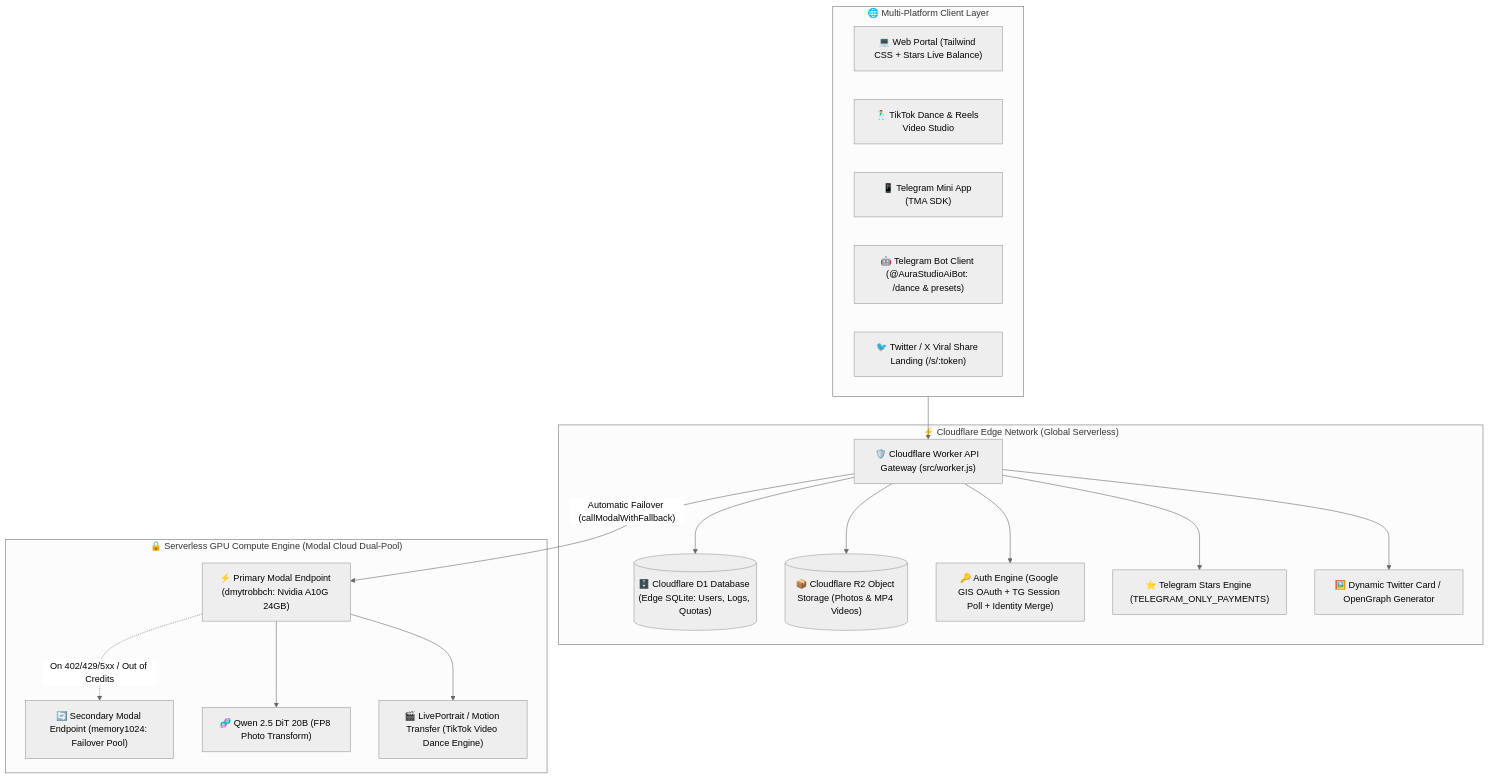
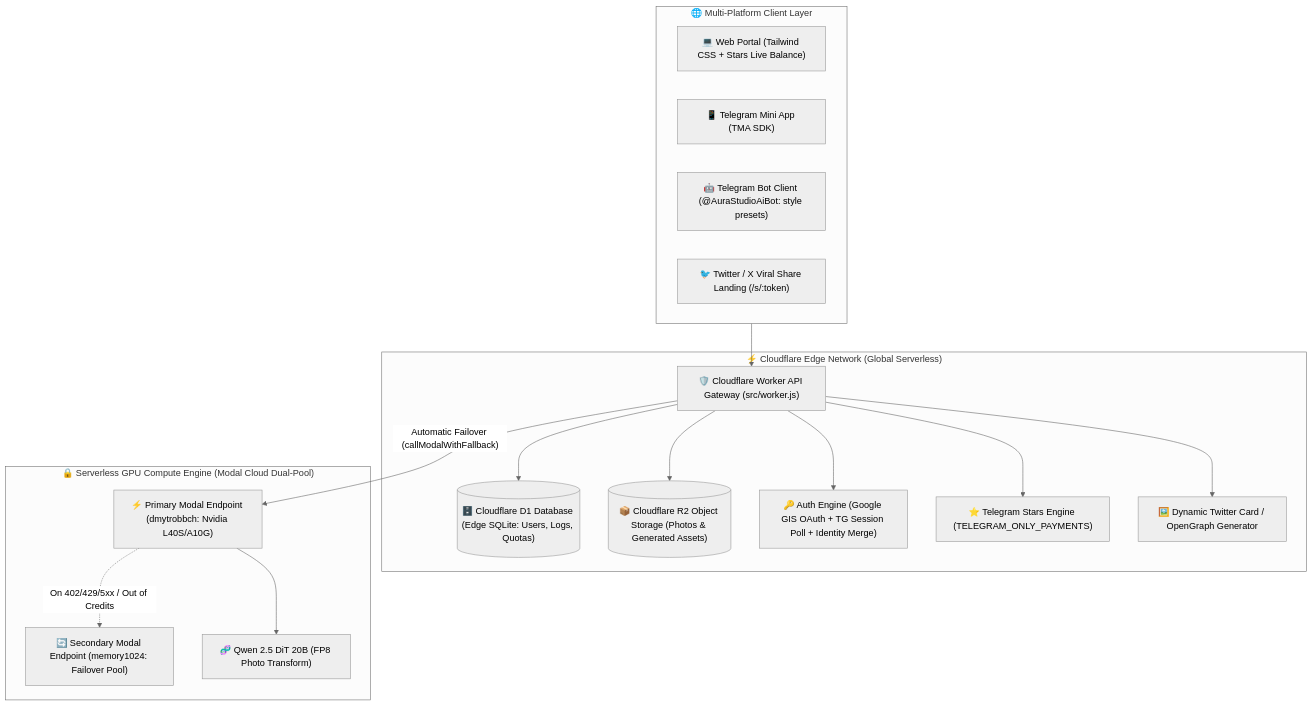
Before and after one commit to Babych/aurastudio-platform: the diagram in README.md, drawn with Mermaid (neutral theme). The commit also changed other lines of this file and 6 other files, not shown here.

Commit message:
feat(cleanup): remove unfunctional TikTok dance preset, endpoints, and modal service

````diff
--- a/README.md
+++ b/README.md
@@ -14,37 +14,34 @@
 ```mermaid
 flowchart TD
     subgraph CLIENTS ["🌐 Multi-Platform Client Layer"]
         WEB["💻 Web Portal (Tailwind CSS + Stars Live Balance)"]
-        DANCE_STUDIO["🕺 TikTok Dance & Reels Video Studio"]
         TG_APP["📱 Telegram Mini App (TMA SDK)"]
-        TG_BOT["🤖 Telegram Bot Client (@AuraStudioAiBot: /dance & presets)"]
+        TG_BOT["🤖 Telegram Bot Client (@AuraStudioAiBot: style presets)"]
         SOCIAL["🐦 Twitter / X Viral Share Landing (/s/:token)"]
     end
 
     subgraph EDGE ["⚡ Cloudflare Edge Network (Global Serverless)"]
         WORKER["🛡️ Cloudflare Worker API Gateway (src/worker.js)"]
         D1[("🗄️ Cloudflare D1 Database (Edge SQLite: Users, Logs, Quotas)")]
-        R2[("📦 Cloudflare R2 Object Storage (Photos & MP4 Videos)")]
+        R2[("📦 Cloudflare R2 Object Storage (Photos & Generated Assets)")]
         AUTH["🔑 Auth Engine (Google GIS OAuth + TG Session Poll + Identity Merge)"]
         BILLING["⭐️ Telegram Stars Engine (TELEGRAM_ONLY_PAYMENTS)"]
         CARDS["🖼️ Dynamic Twitter Card / OpenGraph Generator"]
     end
 
     subgraph AI_CORE ["🔒 Serverless GPU Compute Engine (Modal Cloud Dual-Pool)"]
-        MODAL_PRI["⚡ Primary Modal Endpoint (dmytrobbch: Nvidia A10G 24GB)"]
+        MODAL_PRI["⚡ Primary Modal Endpoint (dmytrobbch: Nvidia L40S/A10G)"]
         MODAL_SEC["🔄 Secondary Modal Endpoint (memory1024: Failover Pool)"]
         DIT["🧬 Qwen 2.5 DiT 20B (FP8 Photo Transform)"]
-        VIDEO_GEN["🎬 LivePortrait / Motion Transfer (TikTok Video Dance Engine)"]
     end
 
     CLIENTS --> WORKER
     WORKER --> D1
     WORKER --> R2
     WORKER --> AUTH
     WORKER --> BILLING
     WORKER --> CARDS
     WORKER -- "Automatic Failover (callModalWithFallback)" --> MODAL_PRI
     MODAL_PRI -. "On 402/429/5xx / Out of Credits" .-> MODAL_SEC
     MODAL_PRI --> DIT
-    MODAL_PRI --> VIDEO_GEN
 ```
````
